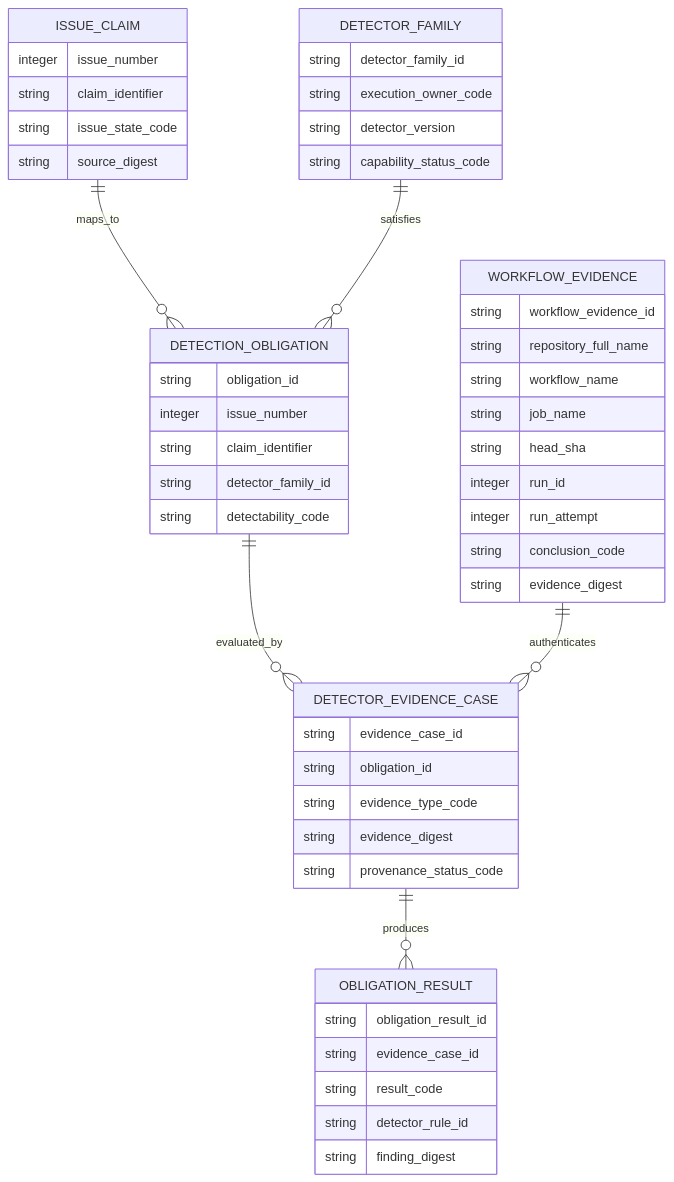
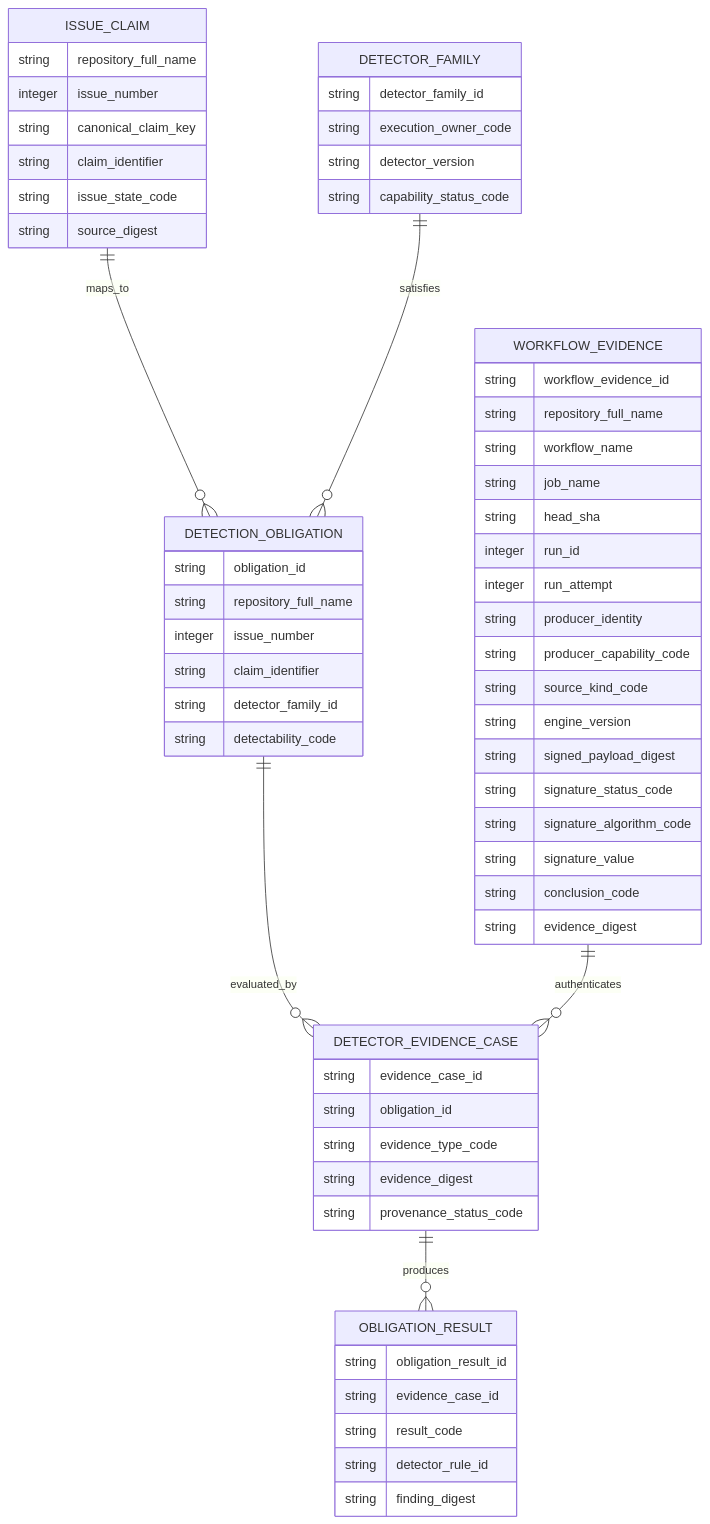
The second of 3 diagrams in docs/ERD.md (ContextualWisdomLab/appguardrail), drawn with Mermaid before and after one commit. The commit also changed other lines of this file, not shown here.

````diff
--- a/docs/ERD.md
+++ b/docs/ERD.md
@@ -76,58 +103,69 @@
 ```mermaid
 erDiagram
     ISSUE_CLAIM ||--o{ DETECTION_OBLIGATION : maps_to
     DETECTOR_FAMILY ||--o{ DETECTION_OBLIGATION : satisfies
     DETECTION_OBLIGATION ||--o{ DETECTOR_EVIDENCE_CASE : evaluated_by
     DETECTOR_EVIDENCE_CASE ||--o{ OBLIGATION_RESULT : produces
     WORKFLOW_EVIDENCE ||--o{ DETECTOR_EVIDENCE_CASE : authenticates
 
     ISSUE_CLAIM {
+      string repository_full_name
       integer issue_number
+      string canonical_claim_key
       string claim_identifier
       string issue_state_code
       string source_digest
     }
 
     DETECTOR_FAMILY {
       string detector_family_id
       string execution_owner_code
       string detector_version
       string capability_status_code
     }
 
     DETECTION_OBLIGATION {
       string obligation_id
+      string repository_full_name
       integer issue_number
       string claim_identifier
       string detector_family_id
       string detectability_code
     }
 
     DETECTOR_EVIDENCE_CASE {
       string evidence_case_id
       string obligation_id
       string evidence_type_code
       string evidence_digest
       string provenance_status_code
     }
 
     OBLIGATION_RESULT {
       string obligation_result_id
       string evidence_case_id
       string result_code
       string detector_rule_id
       string finding_digest
     }
 
     WORKFLOW_EVIDENCE {
       string workflow_evidence_id
       string repository_full_name
       string workflow_name
       string job_name
       string head_sha
       integer run_id
       integer run_attempt
+      string producer_identity
+      string producer_capability_code
+      string source_kind_code
+      string engine_version
+      string signed_payload_digest
+      string signature_status_code
+      string signature_algorithm_code
+      string signature_value
       string conclusion_code
       string evidence_digest
     }
 ```
````
